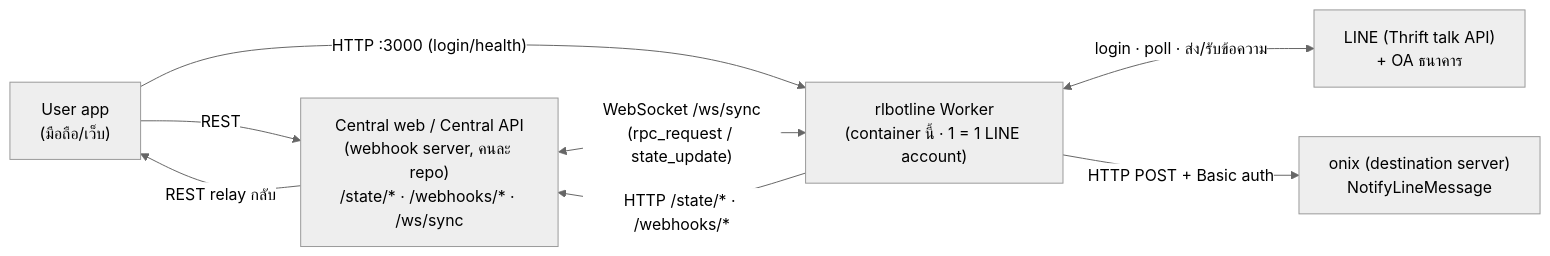
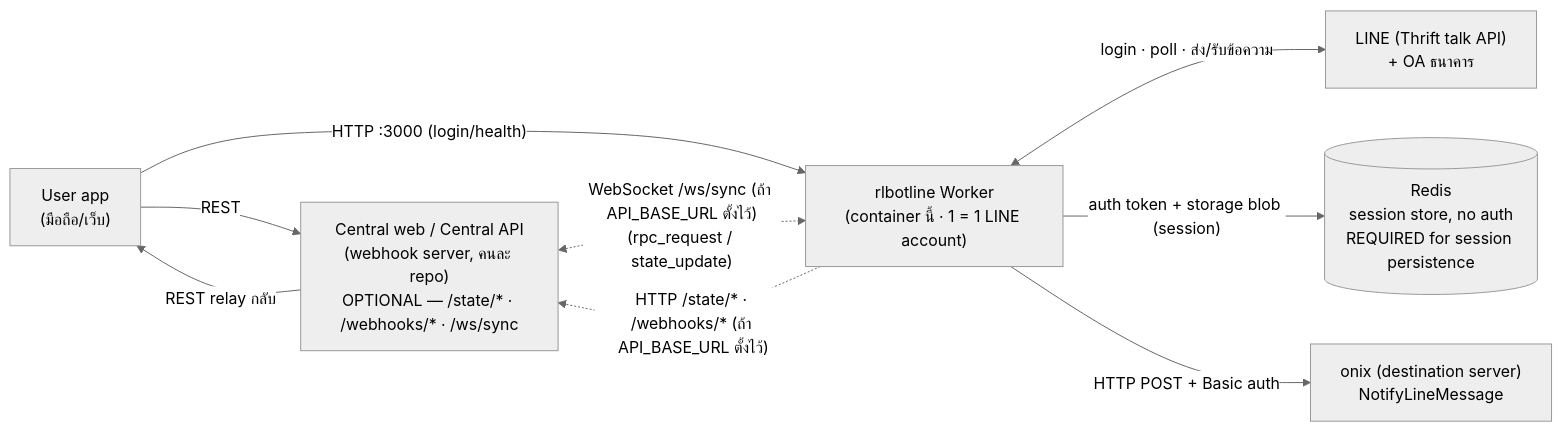
Before and after one commit to wintech-thai/please-payment-agent: the first of 2 diagrams in .docs/architecture.md, drawn with Mermaid (neutral theme). The commit also changed other lines of this file and 16 other files, not shown here.

````diff
--- a/.docs/architecture.md
+++ b/.docs/architecture.md
@@ -21,16 +26,18 @@
 ```mermaid
 flowchart LR
   UA["User app<br/>(มือถือ/เว็บ)"]
-  CW["Central web / Central API<br/>(webhook server, คนละ repo)<br/>/state/* · /webhooks/* · /ws/sync"]
+  CW["Central web / Central API<br/>(webhook server, คนละ repo)<br/>OPTIONAL — /state/* · /webhooks/* · /ws/sync"]
   W["rlbotline Worker<br/>(container นี้ · 1 = 1 LINE account)"]
+  RD[("Redis<br/>session store, no auth<br/>REQUIRED for session persistence")]
   LINE["LINE (Thrift talk API)<br/>+ OA ธนาคาร"]
   ONIX["onix (destination server)<br/>NotifyLineMessage"]
 
   UA -->|"REST"| CW
   CW -->|"REST relay กลับ"| UA
   UA -->|"HTTP :3000 (login/health)"| W
-  CW <-->|"WebSocket /ws/sync<br/>(rpc_request / state_update)"| W
-  W -->|"HTTP /state/* · /webhooks/*"| CW
+  CW <-.->|"WebSocket /ws/sync (ถ้า API_BASE_URL ตั้งไว้)<br/>(rpc_request / state_update)"| W
+  W -.->|"HTTP /state/* · /webhooks/* (ถ้า API_BASE_URL ตั้งไว้)"| CW
   W <-->|"login · poll · ส่ง/รับข้อความ"| LINE
+  W -->|"auth token + storage blob (session)"| RD
   W -->|"HTTP POST + Basic auth"| ONIX
 ```
````
